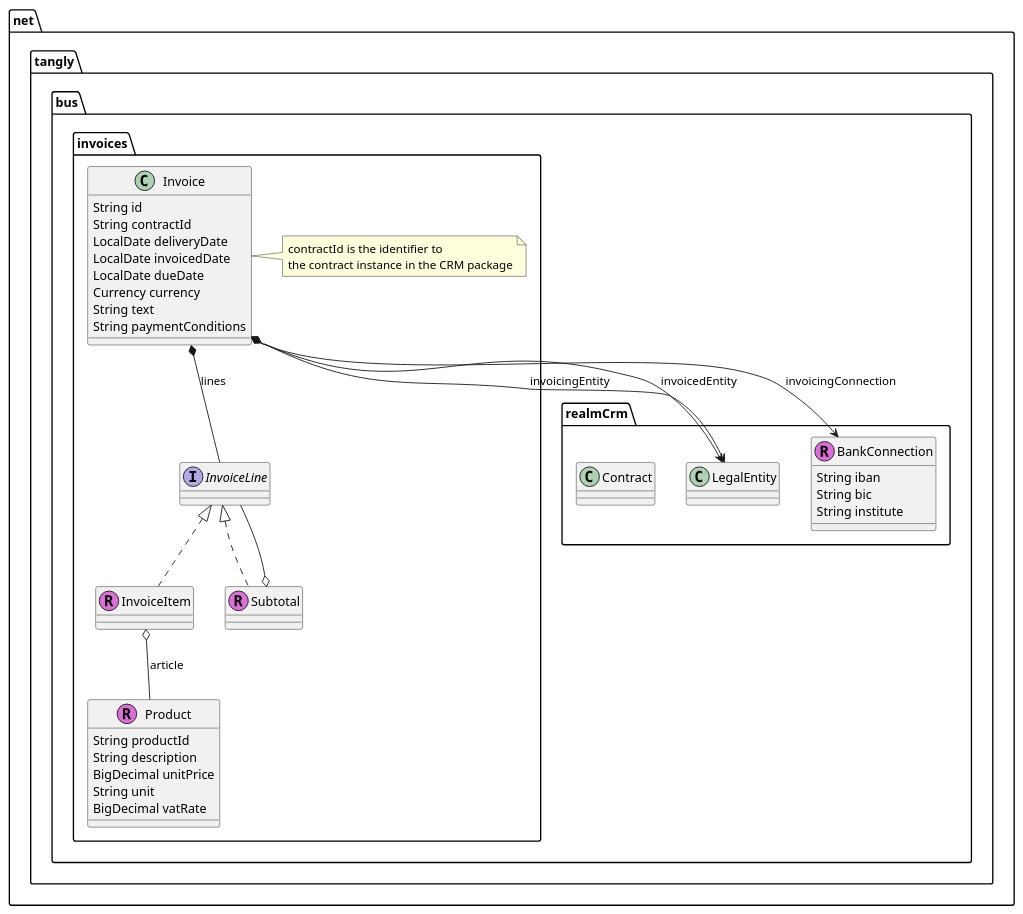
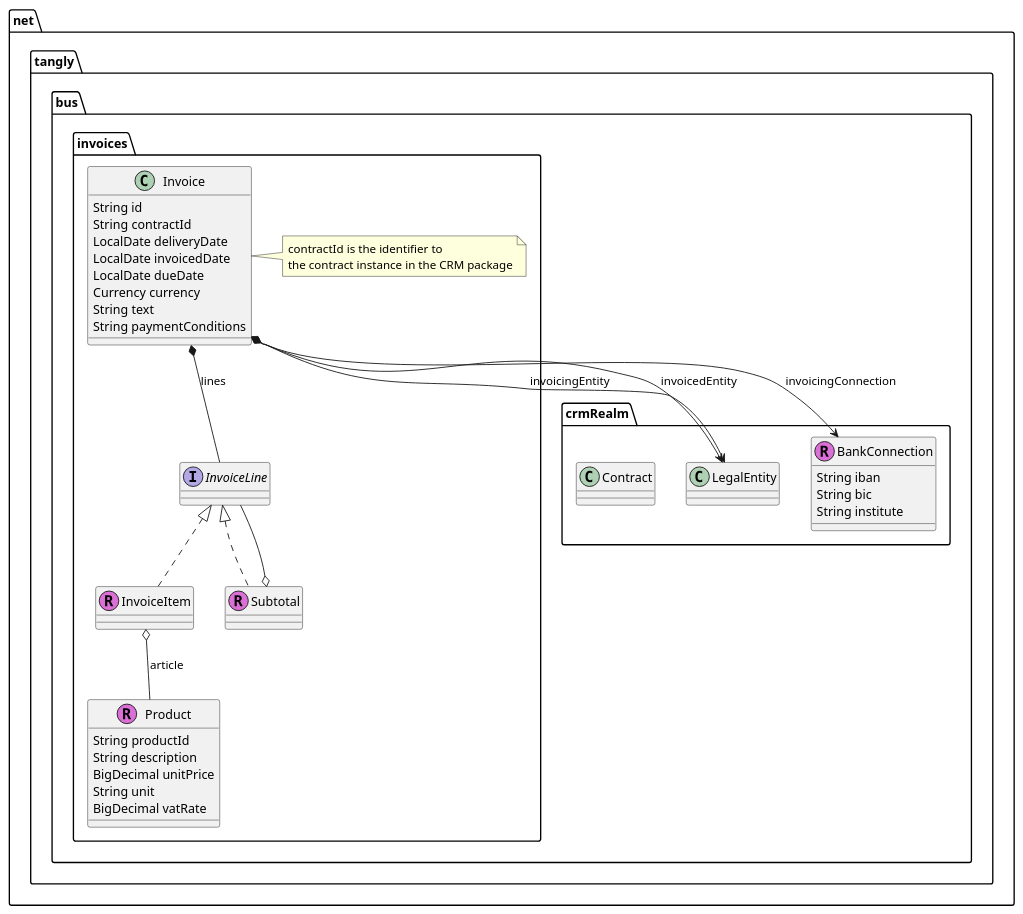
Before and after one commit to tangly-team/tangly-os: the fourth of 6 diagrams in net.tangly.bus/src/site/businessModels.adoc, drawn with PlantUML. The commit also changed other lines of this file and 81 other files, not shown here.

```diff
--- a/net.tangly.bus/src/site/businessModels.adoc
+++ b/net.tangly.bus/src/site/businessModels.adoc
@@ -368,60 +368,60 @@
 [plantuml,bus-invoice-uml,svg]
 ....
 @startuml
 
-package net.tangly.bus.realmCrm {
+package net.tangly.bus.crmRealm {
     class LegalEntity {}
 
     class BankConnection << (R,orchid) >> {
         String iban
         String bic
         String institute
     }
 
     class Contract {}
 }
 
 package net.tangly.bus.invoices {
 class Product << (R,orchid) >> {
     String productId
     String description
     BigDecimal unitPrice
     String unit
     BigDecimal vatRate
 }
 
 class Invoice {
     String id
     String contractId
     LocalDate deliveryDate
     LocalDate invoicedDate
     LocalDate dueDate
     Currency currency
     String text
     String paymentConditions
 }
 
 note right: contractId is the identifier to\nthe contract instance in the CRM package
 
 Invoice *-- InvoiceLine : lines
 Invoice o--> LegalEntity : invoicingEntity
 Invoice o--> LegalEntity : invoicedEntity
 Invoice *--> BankConnection : invoicingConnection
 
 interface InvoiceLine {}
 
 class InvoiceItem << (R,orchid) >> {}
 
 InvoiceLine <|.. InvoiceItem
 
 InvoiceItem o-- Product : article
 
 class Subtotal << (R,orchid) >> {}
 
 InvoiceLine <|.. Subtotal
 Subtotal o-- InvoiceLine
 
 }
 
 @enduml
 ....
```
